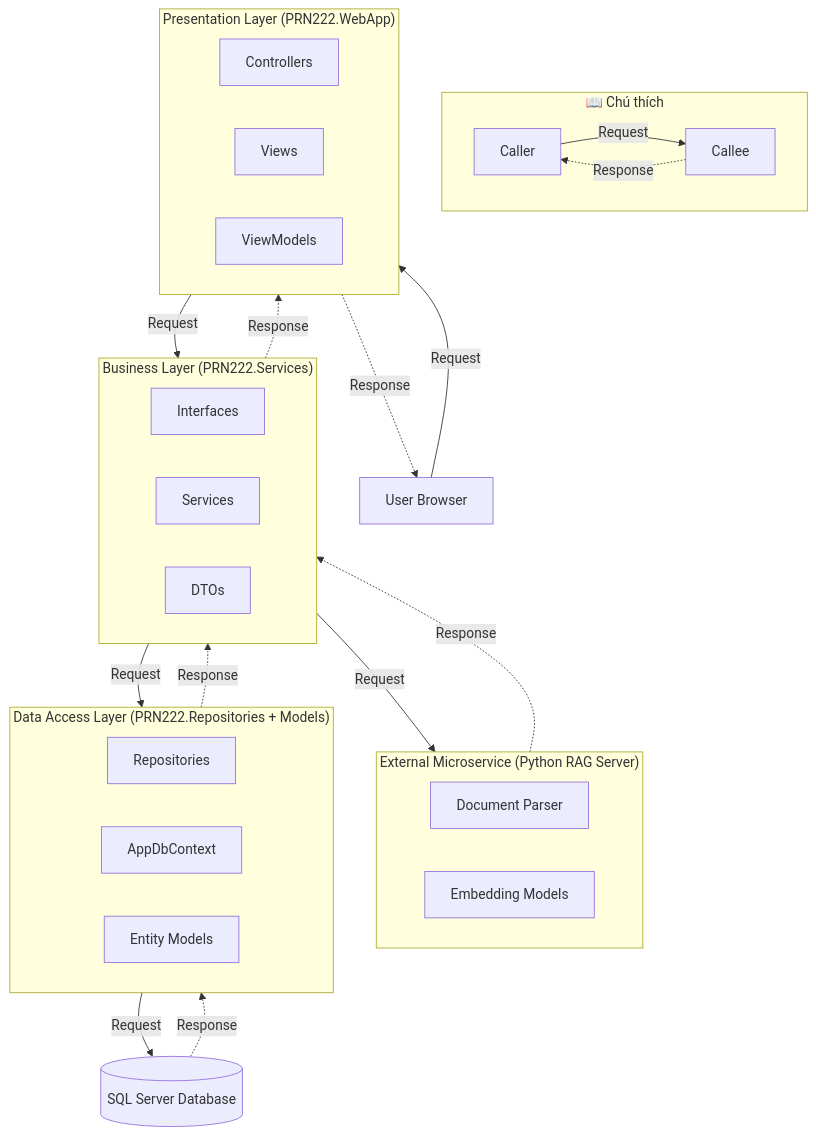
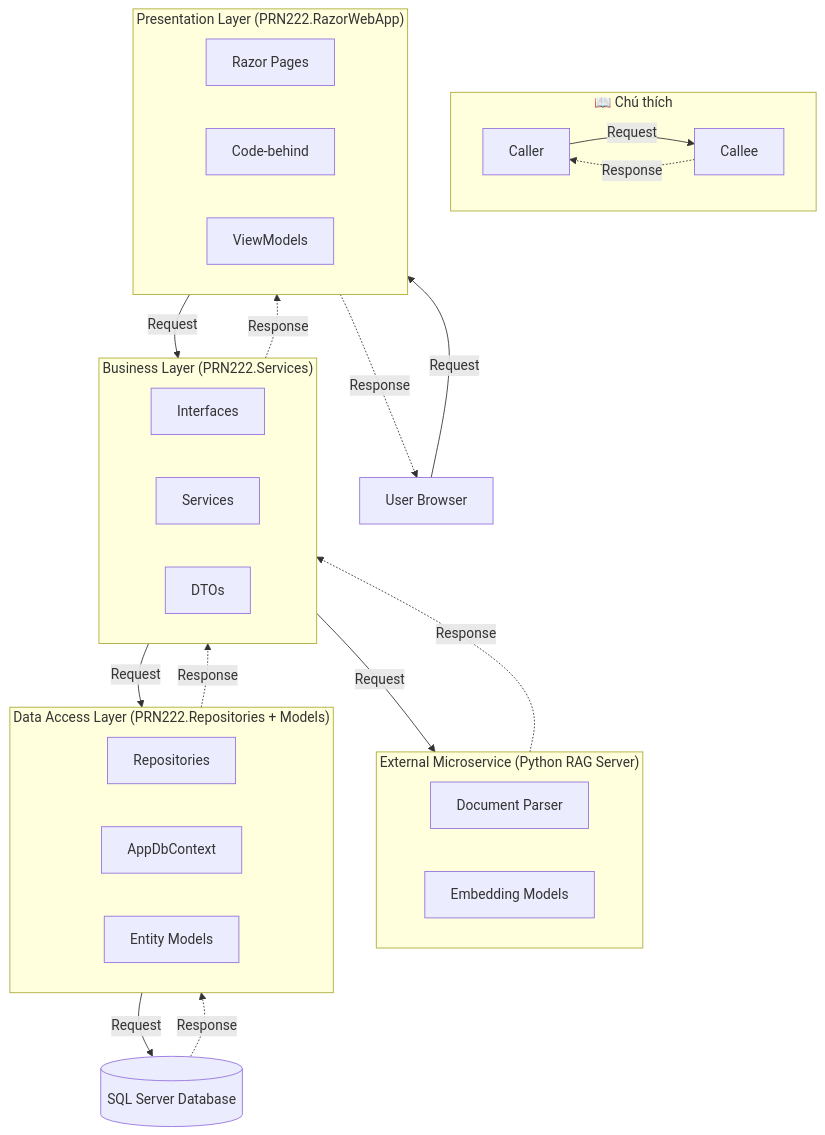
Before and after one commit to NowOrNever-ToFuture/PRN222_Gr8_RBLChatBot: the diagram in docs/architecture.md, drawn with Mermaid. The commit also changed 6 other files, not shown here.

````diff
--- a/docs/architecture.md
+++ b/docs/architecture.md
@@ -13,52 +13,52 @@
 ```mermaid
 flowchart TB
     %% ===== Legend / Chú thích =====
     subgraph LEGEND["📖 Chú thích"]
         direction LR
         A1[Caller] -->|Request| A2[Callee]
         A2 -.->|Response| A1
     end
 
     %% ===== Các khối =====
     subgraph EXT["External Microservice (Python RAG Server)"]
         DP[Document Parser]
         EM[Embedding Models]
     end
 
     subgraph BIZ["Business Layer (PRN222.Services)"]
         IF[Interfaces]
         SV[Services]
         DTO[DTOs]
     end
 
     subgraph DAL["Data Access Layer (PRN222.Repositories + Models)"]
         REPO[Repositories]
         CTX[AppDbContext]
         ENT[Entity Models]
     end
 
-    subgraph PRES["Presentation Layer (PRN222.WebApp)"]
-        CTRL[Controllers]
-        VIEW[Views]
+    subgraph PRES["Presentation Layer (PRN222.RazorWebApp)"]
+        PAGE[Razor Pages]
+        CODEBEHIND[Code-behind]
         VM[ViewModels]
     end
 
     DB[(SQL Server Database)]
     USER[User Browser]
 
     %% ===== Request (liền) --> / Response (đứt) -.-> =====
     USER -->|Request| PRES
     PRES -.->|Response| USER
 
     PRES -->|Request| BIZ
     BIZ  -.->|Response| PRES
 
     BIZ -->|Request| DAL
     DAL -.->|Response| BIZ
 
     DAL -->|Request| DB
     DB  -.->|Response| DAL
 
     BIZ -->|Request| EXT
     EXT -.->|Response| BIZ
 ```
````
